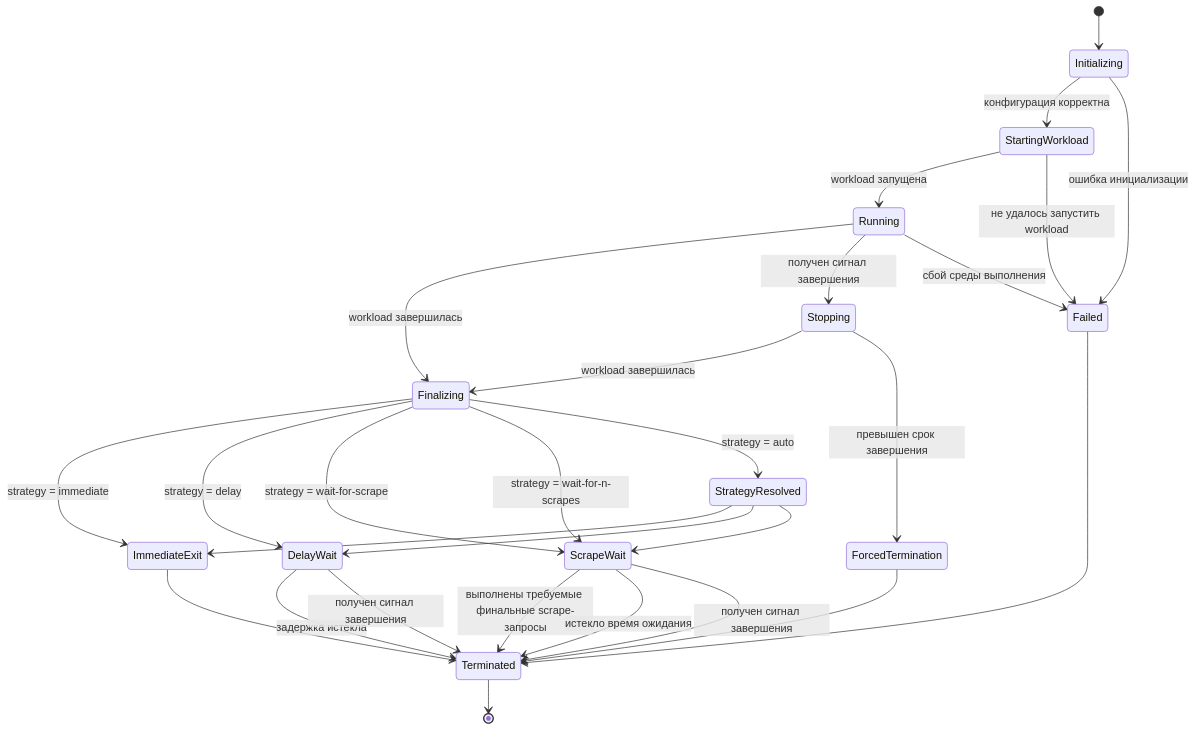
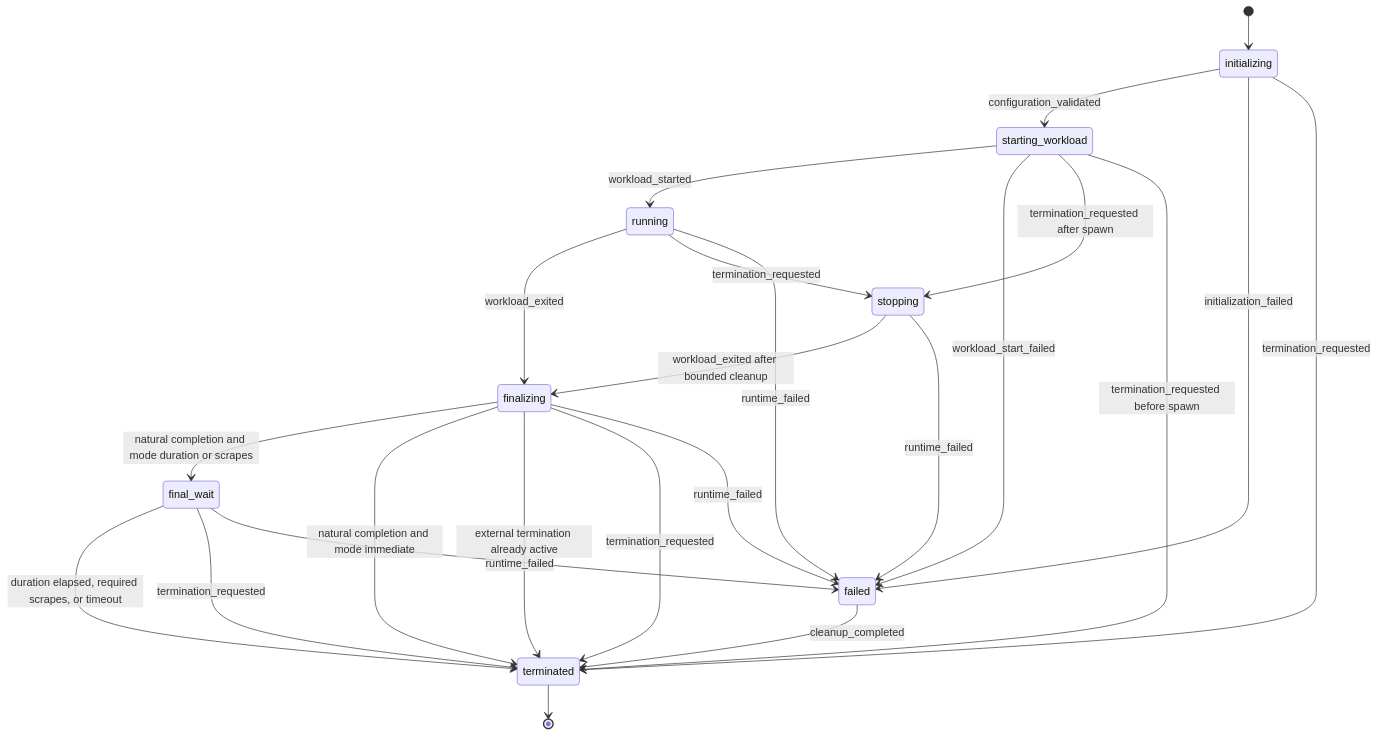
One commit to Denki77/metricshell changed the diagram in docs-ru/04-specification/runtime-state-machine.md. Above: the diagram before and after it, drawn with Mermaid. The commit also changed other lines of this file and 128 other files, not shown here.

````diff
--- a/docs-ru/04-specification/runtime-state-machine.md
+++ b/docs-ru/04-specification/runtime-state-machine.md
@@ -36,30 +67,26 @@
-```mermaid
+~~~mermaid
 stateDiagram-v2
-    [*] --> Initializing
-    Initializing --> StartingWorkload: конфигурация корректна
-    Initializing --> Failed: ошибка инициализации
-    StartingWorkload --> Running: workload запущена
-    StartingWorkload --> Failed: не удалось запустить workload
-    Running --> Finalizing: workload завершилась
-    Running --> Stopping: получен сигнал завершения
-    Running --> Failed: сбой среды выполнения
-    Stopping --> Finalizing: workload завершилась
-    Stopping --> ForcedTermination: превышен срок завершения
-    Finalizing --> ImmediateExit: strategy = immediate
-    Finalizing --> DelayWait: strategy = delay
-    Finalizing --> ScrapeWait: strategy = wait-for-scrape
-    Finalizing --> ScrapeWait: strategy = wait-for-n-scrapes
-    Finalizing --> StrategyResolved: strategy = auto
-    StrategyResolved --> ImmediateExit
-    StrategyResolved --> DelayWait
-    StrategyResolved --> ScrapeWait
-    DelayWait --> Terminated: задержка истекла
-    DelayWait --> Terminated: получен сигнал завершения
-    ScrapeWait --> Terminated: выполнены требуемые финальные scrape-запросы
-    ScrapeWait --> Terminated: истекло время ожидания
-    ScrapeWait --> Terminated: получен сигнал завершения
-    ImmediateExit --> Terminated
-    Failed --> Terminated
-    ForcedTermination --> Terminated
-    Terminated --> [*]
-```
+    [*] --> initializing
+    initializing --> starting_workload: configuration_validated
+    initializing --> failed: initialization_failed
+    initializing --> terminated: termination_requested
+    starting_workload --> running: workload_started
+    starting_workload --> failed: workload_start_failed
+    starting_workload --> stopping: termination_requested after spawn
+    starting_workload --> terminated: termination_requested before spawn
+    running --> finalizing: workload_exited
+    running --> stopping: termination_requested
+    running --> failed: runtime_failed
+    stopping --> finalizing: workload_exited after bounded cleanup
+    stopping --> failed: runtime_failed
+    finalizing --> final_wait: natural completion and mode duration or scrapes
+    finalizing --> terminated: natural completion and mode immediate
+    finalizing --> terminated: external termination already active
+    finalizing --> terminated: termination_requested
+    finalizing --> failed: runtime_failed
+    final_wait --> terminated: duration elapsed, required scrapes, or timeout
+    final_wait --> terminated: termination_requested
+    final_wait --> failed: runtime_failed
+    failed --> terminated: cleanup_completed
+    terminated --> [*]
+~~~
````
